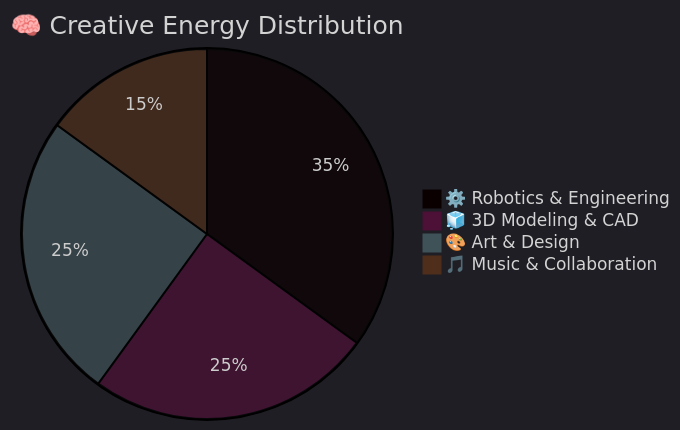
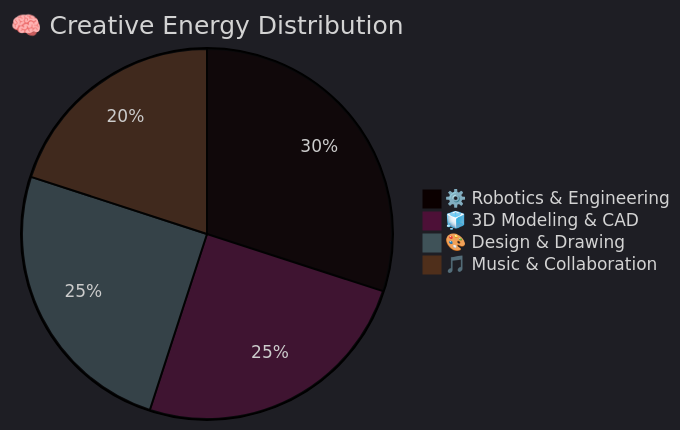
The fourth of 4 diagrams in readme.md (nasblor/nasblor), drawn with Mermaid before and after one commit. The commit also changed other lines of this file, not shown here.

````diff
--- a/readme.md
+++ b/readme.md
@@ -161,8 +183,8 @@
 ```mermaid
 %%{init: {'theme':'dark','themeVariables':{'primaryColor':'#1e90ff','primaryTextColor':'#fff','lineColor':'#4FC3F7'}}}%%
 pie title 🧠 Creative Energy Distribution
-    "⚙️ Robotics & Engineering" : 35
+    "⚙️ Robotics & Engineering" : 30
     "🧊 3D Modeling & CAD" : 25
-    "🎨 Art & Design" : 25
-    "🎵 Music & Collaboration" : 15
+    "🎨 Design & Drawing" : 25
+    "🎵 Music & Collaboration" : 20
 ```
````
